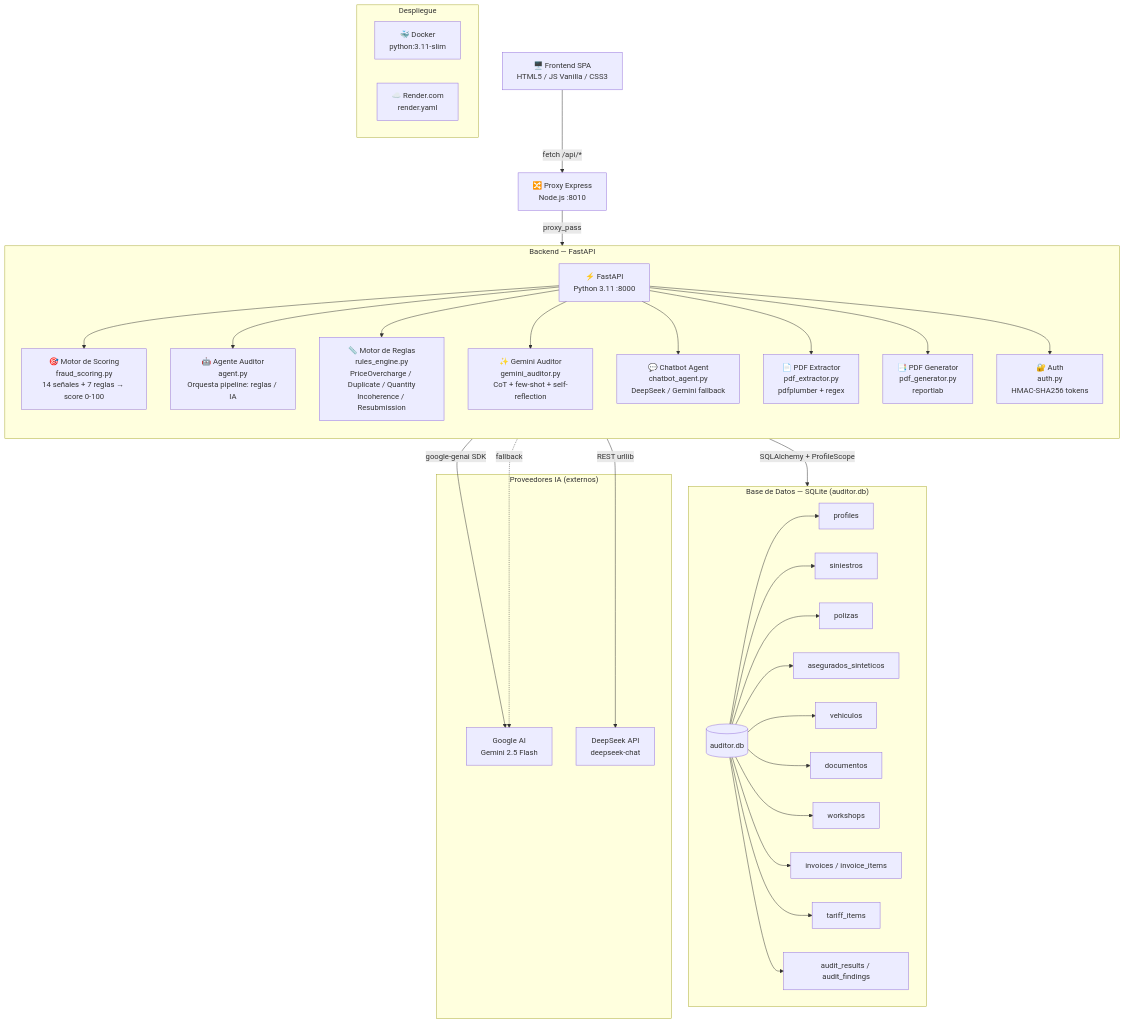
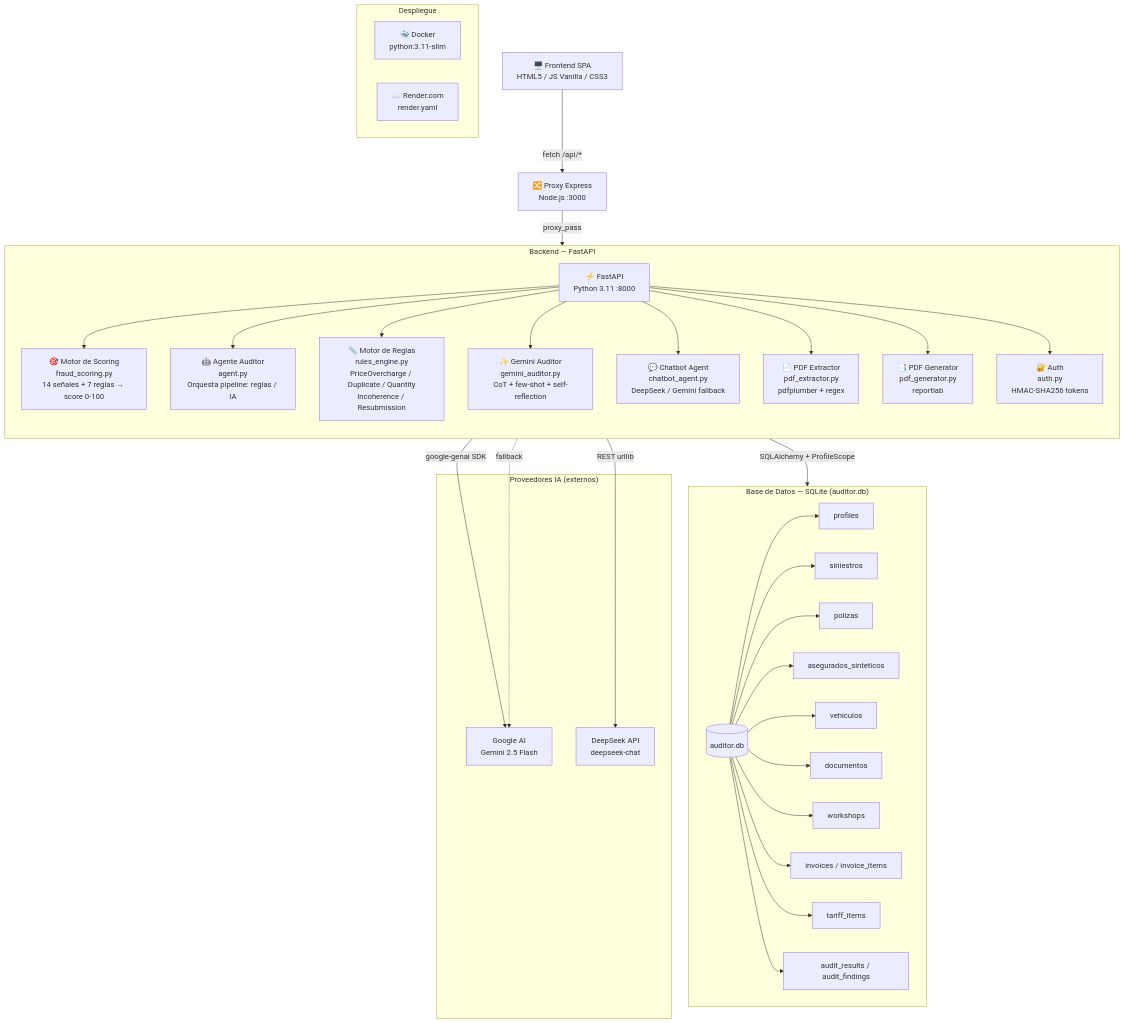
The first of 2 diagrams in docs/diagramas/diagrama_arquitectura.md (yosuSALA/Final-reto), drawn with Mermaid before and after one commit.

````diff
--- a/docs/diagramas/diagrama_arquitectura.md
+++ b/docs/diagramas/diagrama_arquitectura.md
@@ -7,51 +7,51 @@
 ```mermaid
 graph TD
     UI["🖥️ Frontend SPA\nHTML5 / JS Vanilla / CSS3"]
-    PROXY["🔀 Proxy Express\nNode.js :8010"]
+    PROXY["🔀 Proxy Express\nNode.js :3000"]
     API["⚡ FastAPI\nPython 3.11 :8000"]
 
     UI -->|"fetch /api/*"| PROXY
     PROXY -->|"proxy_pass"| API
 
     subgraph BackendFastAPI["Backend — FastAPI"]
         direction TB
         API --> FraudEngine["🎯 Motor de Scoring\nfraud_scoring.py\n14 señales + 7 reglas → score 0-100"]
         API --> AuditAgent["🤖 Agente Auditor\nagent.py\nOrquesta pipeline: reglas / IA"]
         API --> RulesEngine["📏 Motor de Reglas\nrules_engine.py\nPriceOvercharge / Duplicate / Quantity\nIncoherence / Resubmission"]
         API --> GeminiAuditor["✨ Gemini Auditor\ngemini_auditor.py\nCoT + few-shot + self-reflection"]
         API --> Chatbot["💬 Chatbot Agent\nchatbot_agent.py\nDeepSeek / Gemini fallback"]
         API --> PDFExtractor["📄 PDF Extractor\npdf_extractor.py\npdfplumber + regex"]
         API --> PDFGen["📑 PDF Generator\npdf_generator.py\nreportlab"]
         API --> Auth["🔐 Auth\nauth.py\nHMAC-SHA256 tokens"]
     end
 
     subgraph BaseDatos["Base de Datos — SQLite (auditor.db)"]
         direction LR
         DB[(auditor.db)]
         DB --> T1["profiles"]
         DB --> T2["siniestros"]
         DB --> T3["polizas"]
         DB --> T4["asegurados_sinteticos"]
         DB --> T5["vehiculos"]
         DB --> T6["documentos"]
         DB --> T7["workshops"]
         DB --> T8["invoices / invoice_items"]
         DB --> T9["tariff_items"]
         DB --> T10["audit_results / audit_findings"]
     end
 
     subgraph IAProv["Proveedores IA (externos)"]
         G["Google AI\nGemini 2.5 Flash"]
         D["DeepSeek API\ndeepseek-chat"]
     end
 
     API -->|"SQLAlchemy + ProfileScope"| DB
     GeminiAuditor -->|"google-genai SDK"| G
     Chatbot -->|"REST urllib"| D
     Chatbot -.->|"fallback"| G
 
     subgraph Despliegue["Despliegue"]
         DOCKER["🐳 Docker\npython:3.11-slim"]
         RENDER["☁️ Render.com\nrender.yaml"]
     end
 ```
````
